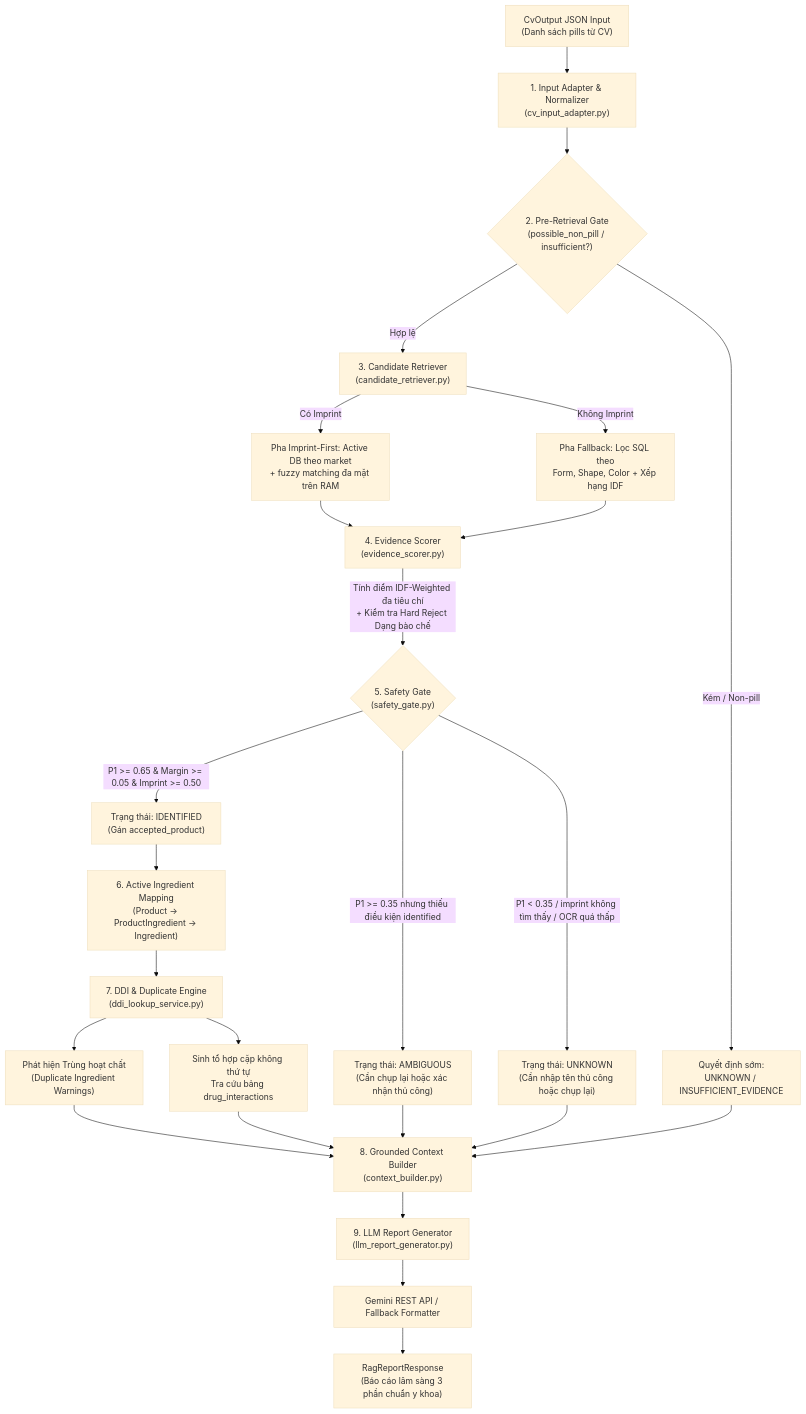
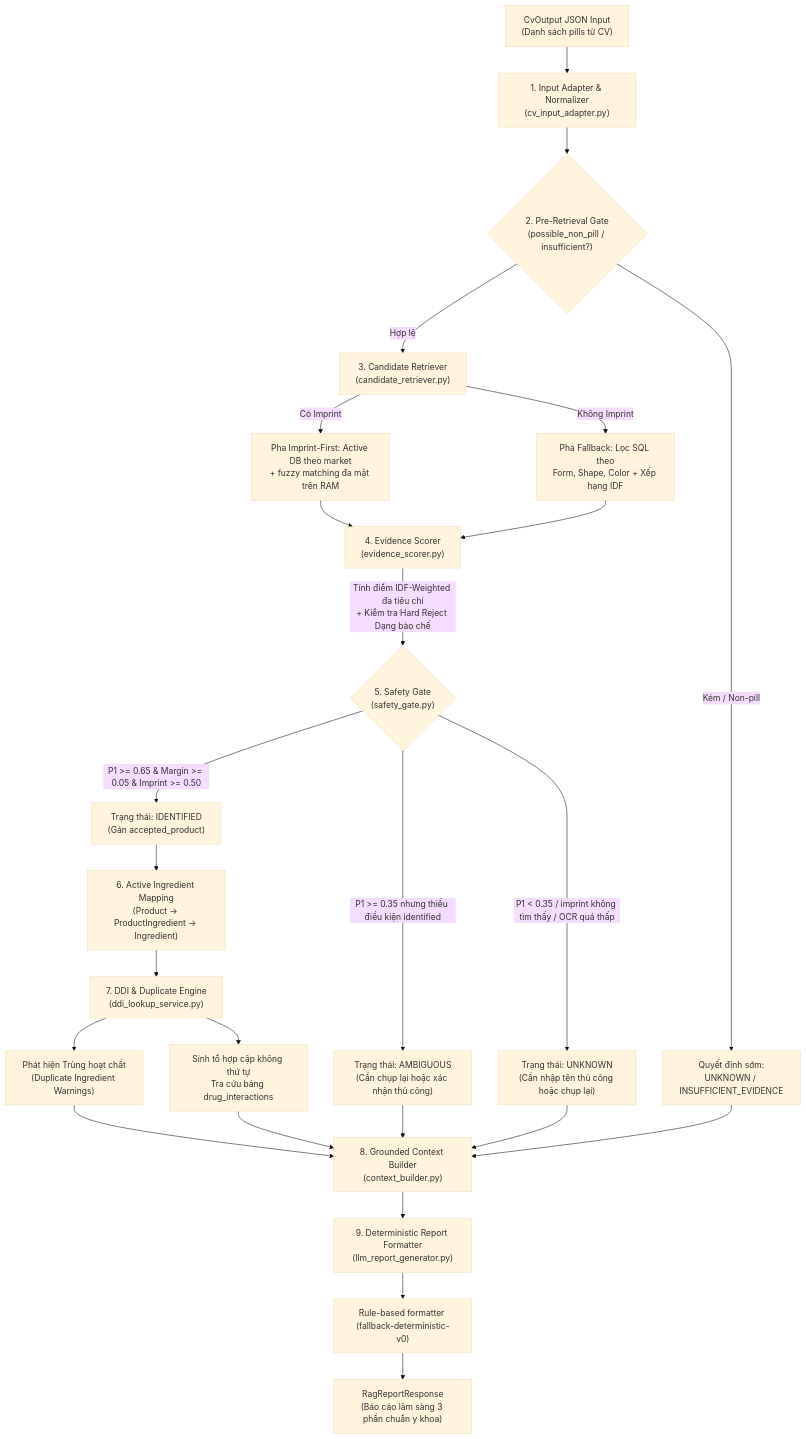
One commit to GOx9-P/Multiple-Pill-Recognition-And-Interaction-Safety changed the first of 3 diagrams in docs/LLM_Module_Architecture_Blueprint.md. Above: the diagram before and after it, drawn with Mermaid (base theme). The commit also changed other lines of this file and 6 other files, not shown here.

````diff
--- a/docs/LLM_Module_Architecture_Blueprint.md
+++ b/docs/LLM_Module_Architecture_Blueprint.md
@@ -30,36 +32,36 @@
 ```mermaid
 flowchart TD
     A["CvOutput JSON Input<br/>(Danh sách pills từ CV)"] --> B["1. Input Adapter & Normalizer<br/>(cv_input_adapter.py)"]
     B --> C{"2. Pre-Retrieval Gate<br/>(possible_non_pill / insufficient?)"}
     
     C -->|Kém / Non-pill| C1["Quyết định sớm:<br/>UNKNOWN / INSUFFICIENT_EVIDENCE"]
     C -->|Hợp lệ| D["3. Candidate Retriever<br/>(candidate_retriever.py)"]
     
     D -->|Có Imprint| D1["Pha Imprint-First: Active DB theo market<br/>+ fuzzy matching đa mặt trên RAM"]
     D -->|Không Imprint| D2["Pha Fallback: Lọc SQL theo<br/>Form, Shape, Color + Xếp hạng IDF"]
     
     D1 --> E["4. Evidence Scorer<br/>(evidence_scorer.py)"]
     D2 --> E
     
     E -->|Tính điểm IDF-Weighted đa tiêu chí<br/>+ Kiểm tra Hard Reject Dạng bào chế| F{"5. Safety Gate<br/>(safety_gate.py)"}
     
     F -->|"P1 >= 0.65 & Margin >= 0.05 & Imprint >= 0.50"| G["Trạng thái: IDENTIFIED<br/>(Gán accepted_product)"]
     F -->|"P1 >= 0.35 nhưng thiếu điều kiện identified"| H["Trạng thái: AMBIGUOUS<br/>(Cần chụp lại hoặc xác nhận thủ công)"]
     F -->|"P1 < 0.35 / imprint không tìm thấy / OCR quá thấp"| I["Trạng thái: UNKNOWN<br/>(Cần nhập tên thủ công hoặc chụp lại)"]
     
     G --> J["6. Active Ingredient Mapping<br/>(Product -> ProductIngredient -> Ingredient)"]
     J --> K["7. DDI & Duplicate Engine<br/>(ddi_lookup_service.py)"]
     
     K --> K1["Phát hiện Trùng hoạt chất<br/>(Duplicate Ingredient Warnings)"]
     K --> K2["Sinh tổ hợp cặp không thứ tự<br/>Tra cứu bảng drug_interactions"]
     
     K1 --> L["8. Grounded Context Builder<br/>(context_builder.py)"]
     K2 --> L
     H --> L
     I --> L
     C1 --> L
     
-    L --> M["9. LLM Report Generator<br/>(llm_report_generator.py)"]
-    M --> M1["Gemini REST API / Fallback Formatter"]
+    L --> M["9. Deterministic Report Formatter<br/>(llm_report_generator.py)"]
+    M --> M1["Rule-based formatter (fallback-deterministic-v0)"]
     M1 --> N["RagReportResponse<br/>(Báo cáo lâm sàng 3 phần chuẩn y khoa)"]
 ```
````
